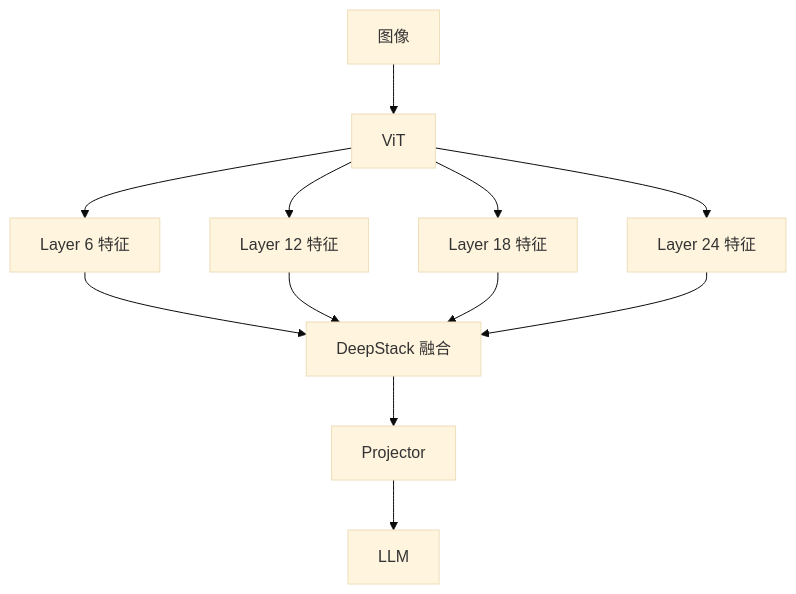
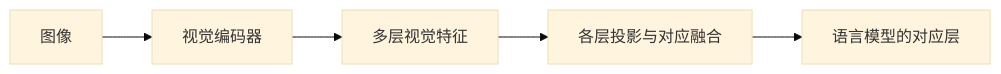
One commit to likebeans/notes-on-llms changed the third of 6 diagrams in docs/llms/multimodal/architecture.md. Above: the diagram before and after it, drawn with Mermaid (base theme). The commit also changed other lines of this file and 175 other files, not shown here.

````diff
--- a/docs/llms/multimodal/architecture.md
+++ b/docs/llms/multimodal/architecture.md
@@ -113,14 +113,7 @@
 ```mermaid
-flowchart TB
-    IMG[图像] --> VIT[ViT]
-    VIT --> L6[Layer 6 特征]
-    VIT --> L12[Layer 12 特征]
-    VIT --> L18[Layer 18 特征]
-    VIT --> L24[Layer 24 特征]
-    L6 --> FUSE[DeepStack 融合]
-    L12 --> FUSE
-    L18 --> FUSE
-    L24 --> FUSE
-    FUSE --> PROJ[Projector]
-    PROJ --> LLM
+flowchart LR
+    I[图像] --> V[视觉编码器]
+    V --> F[多层视觉特征]
+    F --> P[各层投影与对应融合]
+    P --> L[语言模型的对应层]
 ```
````
